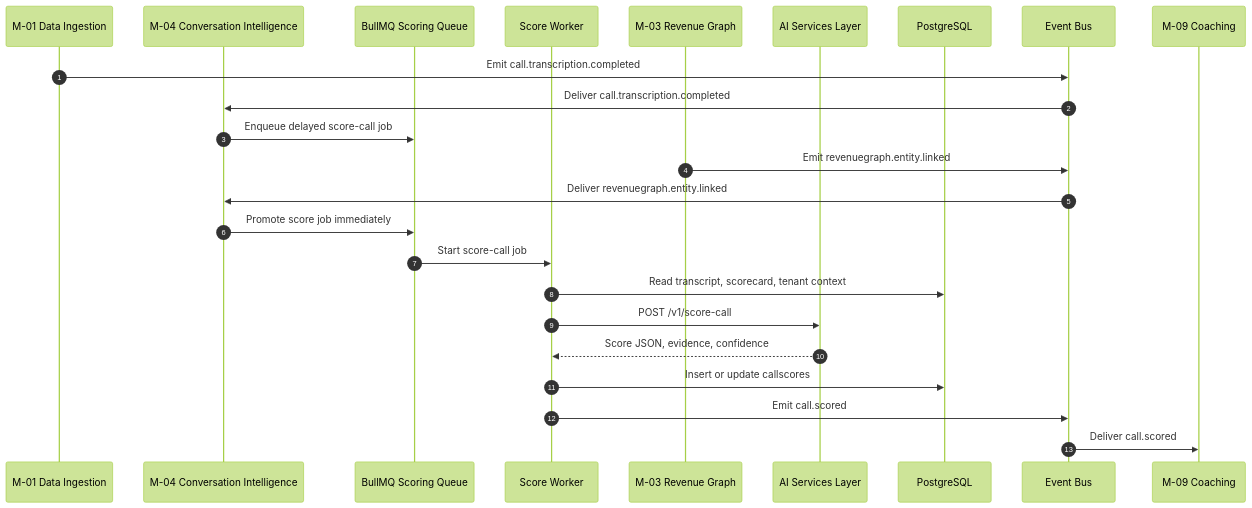
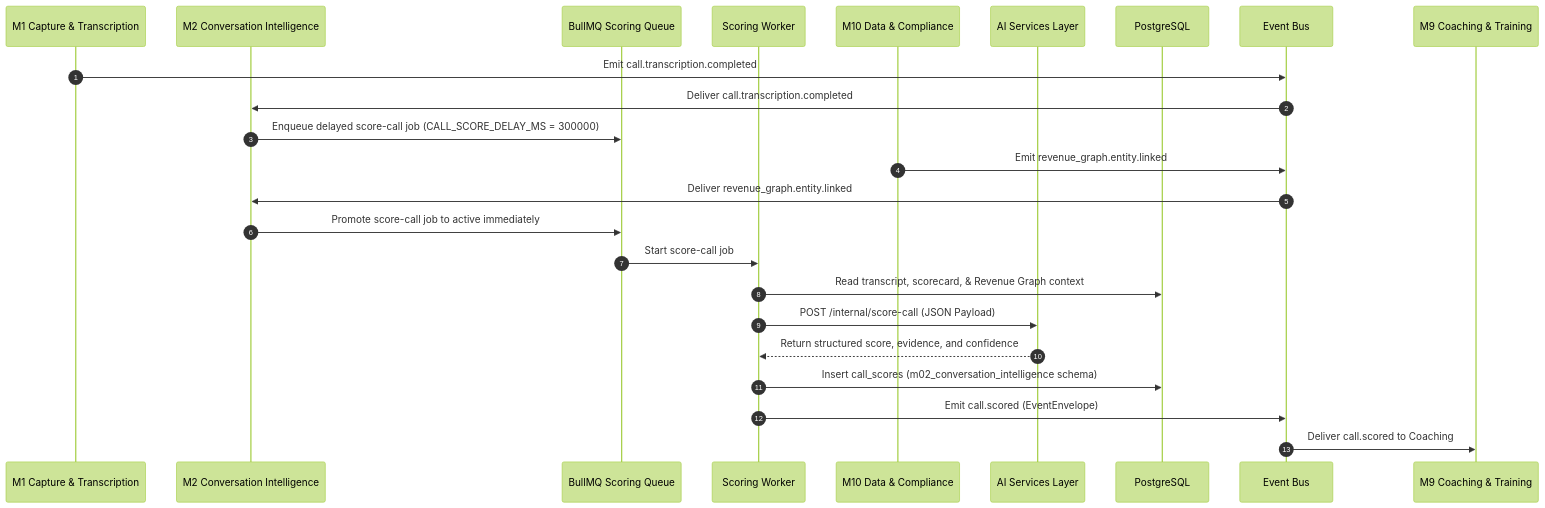
One commit to PoojaTiwari09/FB-and-RP-Fixes changed the first of 6 diagrams in Reference documents/M2 Conversation Intelligence/Sequence Diagrams for M2.md. Above: the diagram before and after it, drawn with Mermaid (forest theme). The commit also changed other lines of this file and 79 other files, not shown here.

````diff
--- a/Reference documents/M2 Conversation Intelligence/Sequence Diagrams for M2.md
+++ b/Reference documents/M2 Conversation Intelligence/Sequence Diagrams for M2.md
@@ -68,29 +27,29 @@
 ```mermaid
 sequenceDiagram
     autonumber
-    participant M01 as M-01 Data Ingestion
-    participant M04 as M-04 Conversation Intelligence
+    participant M1 as M1 Capture & Transcription
+    participant M2 as M2 Conversation Intelligence
     participant Q as BullMQ Scoring Queue
-    participant W as Score Worker
-    participant M03 as M-03 Revenue Graph
+    participant W as Scoring Worker
+    participant M10 as M10 Data & Compliance
     participant AI as AI Services Layer
     participant DB as PostgreSQL
     participant EVT as Event Bus
-    participant M09 as M-09 Coaching
+    participant M9 as M9 Coaching & Training
 
-    M01->>EVT: Emit call.transcription.completed
-    EVT->>M04: Deliver call.transcription.completed
-    M04->>Q: Enqueue delayed score-call job
+    M1->>EVT: Emit call.transcription.completed
+    EVT->>M2: Deliver call.transcription.completed
+    M2->>Q: Enqueue delayed score-call job (CALL_SCORE_DELAY_MS = 300000)
 
-    M03->>EVT: Emit revenuegraph.entity.linked
-    EVT->>M04: Deliver revenuegraph.entity.linked
-    M04->>Q: Promote score job immediately
+    M10->>EVT: Emit revenue_graph.entity.linked
+    EVT->>M2: Deliver revenue_graph.entity.linked
+    M2->>Q: Promote score-call job to active immediately
 
     Q->>W: Start score-call job
-    W->>DB: Read transcript, scorecard, tenant context
-    W->>AI: POST /v1/score-call
-    AI-->>W: Score JSON, evidence, confidence
-    W->>DB: Insert or update callscores
-    W->>EVT: Emit call.scored
-    EVT->>M09: Deliver call.scored
+    W->>DB: Read transcript, scorecard, & Revenue Graph context
+    W->>AI: POST /internal/score-call (JSON Payload)
+    AI-->>W: Return structured score, evidence, and confidence
+    W->>DB: Insert call_scores (m02_conversation_intelligence schema)
+    W->>EVT: Emit call.scored (EventEnvelope)
+    EVT->>M9: Deliver call.scored to Coaching
 ```
````
